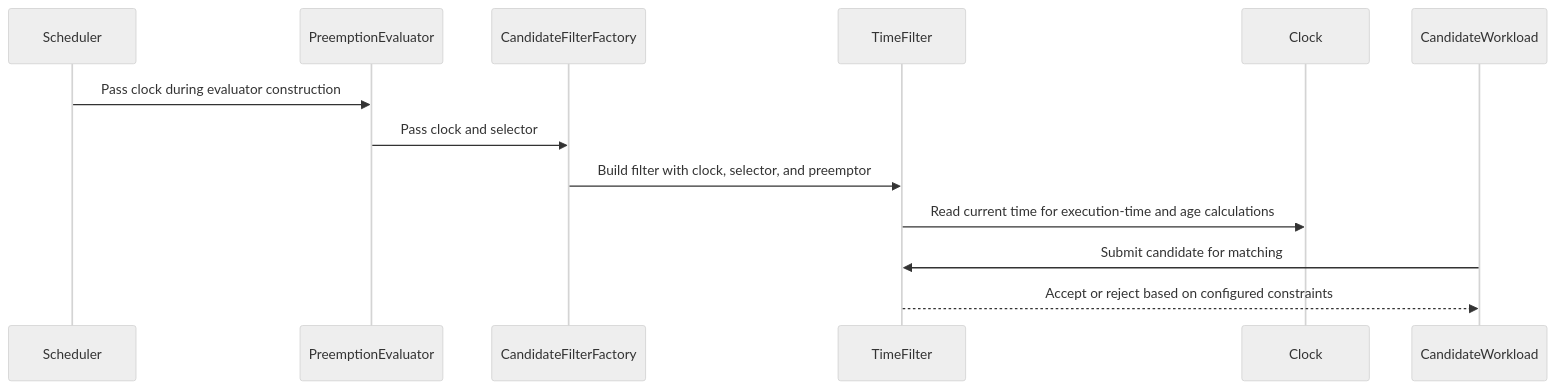
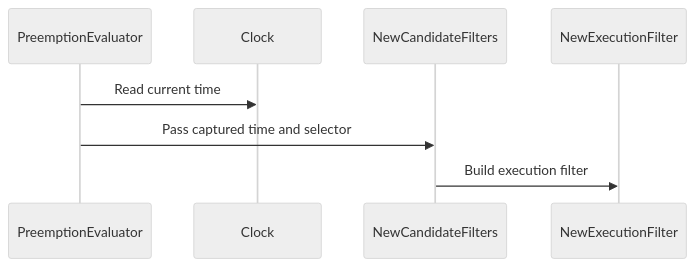
Before and after one commit to reruno/kueue-llm-wiki: the diagram in raw/github/kubernetes-sigs__kueue/pr-17600.md, drawn with Mermaid (neutral theme). The commit also changed other lines of this file and 284 other files, not shown here.

````diff
--- a/raw/github/kubernetes-sigs__kueue/pr-17600.md
+++ b/raw/github/kubernetes-sigs__kueue/pr-17600.md
@@ -260,15 +199,10 @@
 ```mermaid
 sequenceDiagram
-  participant Scheduler
   participant PreemptionEvaluator
-  participant CandidateFilterFactory
-  participant TimeFilter
   participant Clock
-  participant CandidateWorkload
-  Scheduler->>PreemptionEvaluator: Pass clock during evaluator construction
-  PreemptionEvaluator->>CandidateFilterFactory: Pass clock and selector
-  CandidateFilterFactory->>TimeFilter: Build filter with clock, selector, and preemptor
-  TimeFilter->>Clock: Read current time for execution-time and age calculations
-  CandidateWorkload->>TimeFilter: Submit candidate for matching
-  TimeFilter-->>CandidateWorkload: Accept or reject based on configured constraints
+  participant NewCandidateFilters
+  participant NewExecutionFilter
+  PreemptionEvaluator->>Clock: Read current time
+  PreemptionEvaluator->>NewCandidateFilters: Pass captured time and selector
+  NewCandidateFilters->>NewExecutionFilter: Build execution filter
 ```
````
